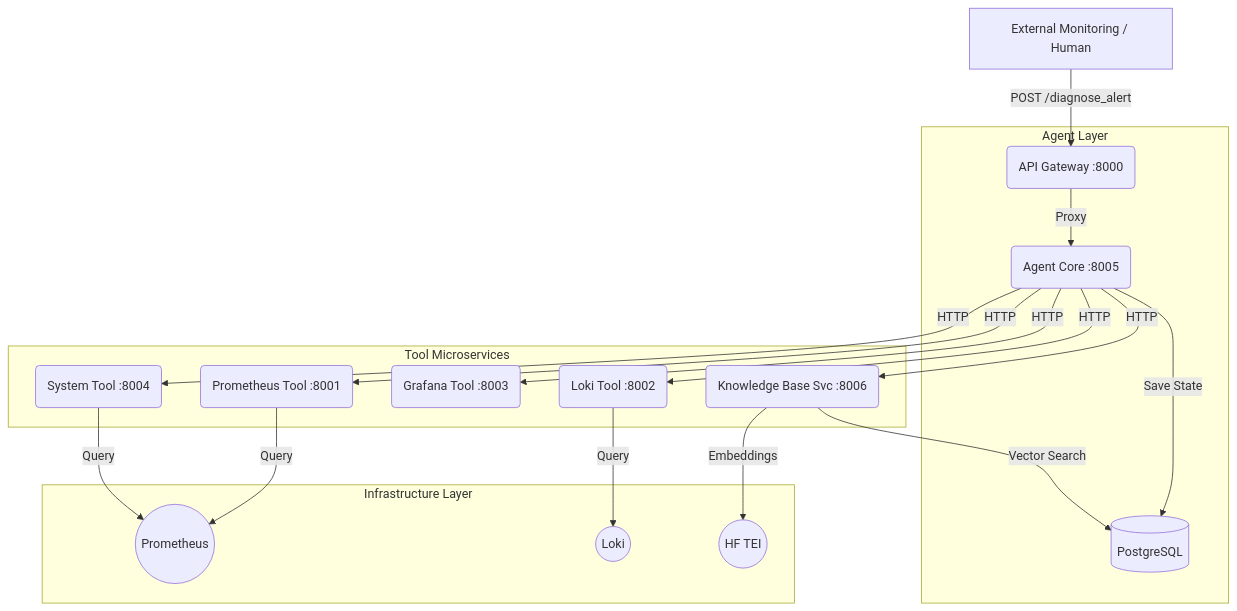
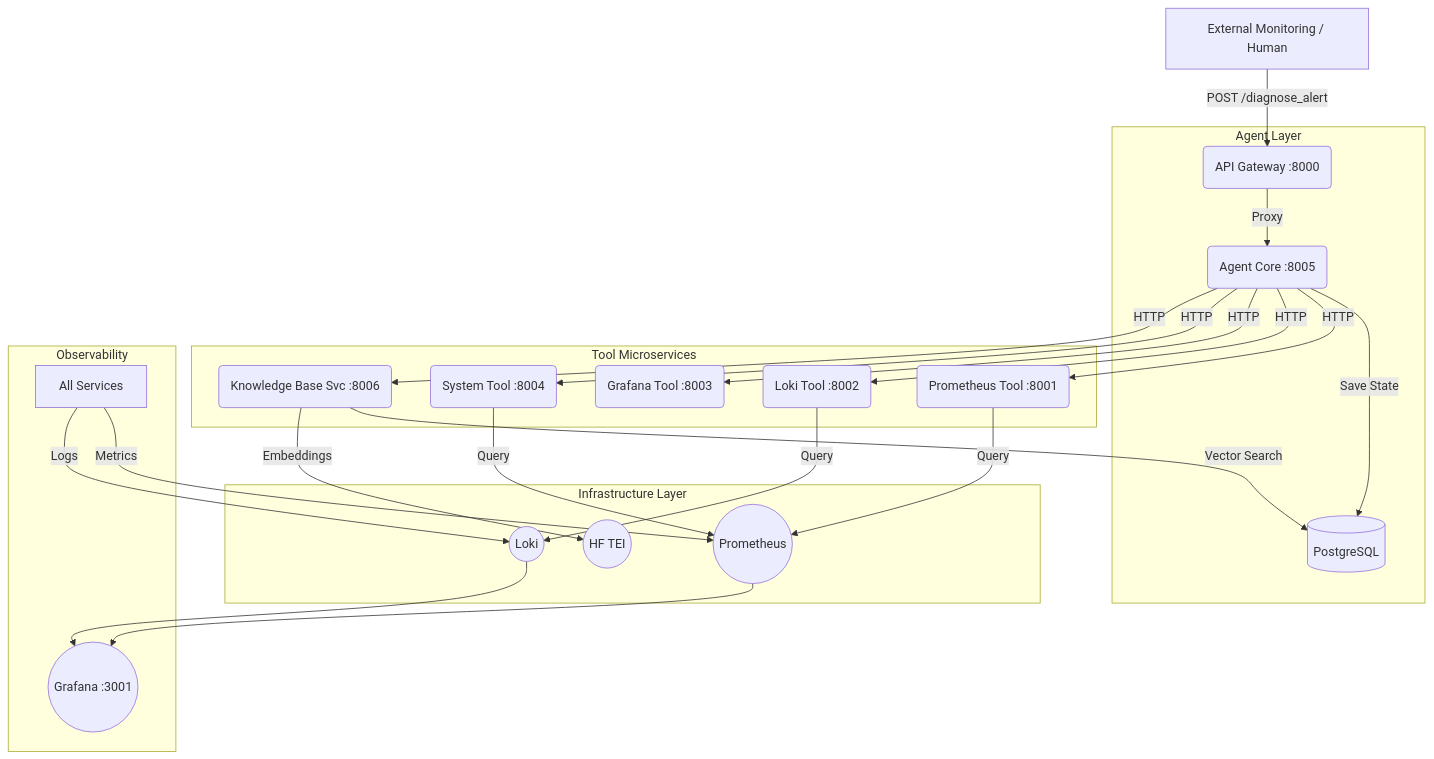
The first of 2 diagrams in README.md (DataScientest/AI-Agents-MLOps-Course), drawn with Mermaid before and after one commit. The commit also changed other lines of this file and 23 other files, not shown here.

````diff
--- a/README.md
+++ b/README.md
@@ -10,25 +10,32 @@
 ```mermaid
 graph TD
     Client[External Monitoring / Human] -- POST /diagnose_alert --> GW(API Gateway :8000)
     
     subgraph "Agent Layer"
         GW -- Proxy --> Core(Agent Core :8005)
         Core -- Save State --> DB[(PostgreSQL)]
     end
 
     subgraph "Tool Microservices"
         Core -- HTTP --> PromSvc(Prometheus Tool :8001)
         Core -- HTTP --> LokiSvc(Loki Tool :8002)
         Core -- HTTP --> GrafSvc(Grafana Tool :8003)
         Core -- HTTP --> SysSvc(System Tool :8004)
         Core -- HTTP --> KBSvc(Knowledge Base Svc :8006)
     end
 
     subgraph "Infrastructure Layer"
         PromSvc -- Query --> Prometheus((Prometheus))
         LokiSvc -- Query --> Loki((Loki))
         SysSvc -- Query --> Prometheus
         KBSvc -- Vector Search --> DB
         KBSvc -- Embeddings --> TEI((HF TEI))
     end
+    
+    subgraph "Observability"
+        All[All Services] -- Metrics --> Prometheus
+        All -- Logs --> Loki
+        Prometheus --> Grafana((Grafana :3001))
+        Loki --> Grafana
+    end
 ```
````
